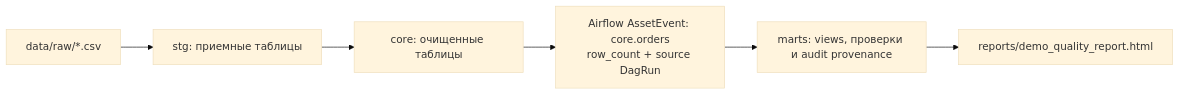
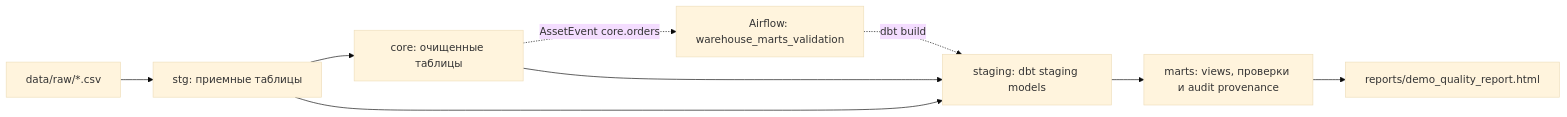
One commit to sergeishaikin/de_practicum_demo changed the diagram in docs/schema.md. Above: the diagram before and after it, drawn with Mermaid (base theme). The commit also changed other lines of this file and 4 other files, not shown here.

Commit message:
docs(dbt): route the schema diagrams through the dbt staging layer

````diff
--- a/docs/schema.md
+++ b/docs/schema.md
@@ -7,8 +7,11 @@
 ```mermaid
 flowchart LR
   raw["data/raw/*.csv"] --> stg["stg: приемные таблицы"]
   stg --> core["core: очищенные таблицы"]
-  core --> event["Airflow AssetEvent: core.orders<br/>row_count + source DagRun"]
-  event --> marts["marts: views, проверки и audit provenance"]
+  core -.->|AssetEvent core.orders| dag["Airflow: warehouse_marts_validation"]
+  dag -.->|dbt build| staging
+  core --> staging["staging: dbt staging models"]
+  stg --> staging
+  staging --> marts["marts: views, проверки и audit provenance"]
   marts --> report["reports/demo_quality_report.html"]
 ```
````
